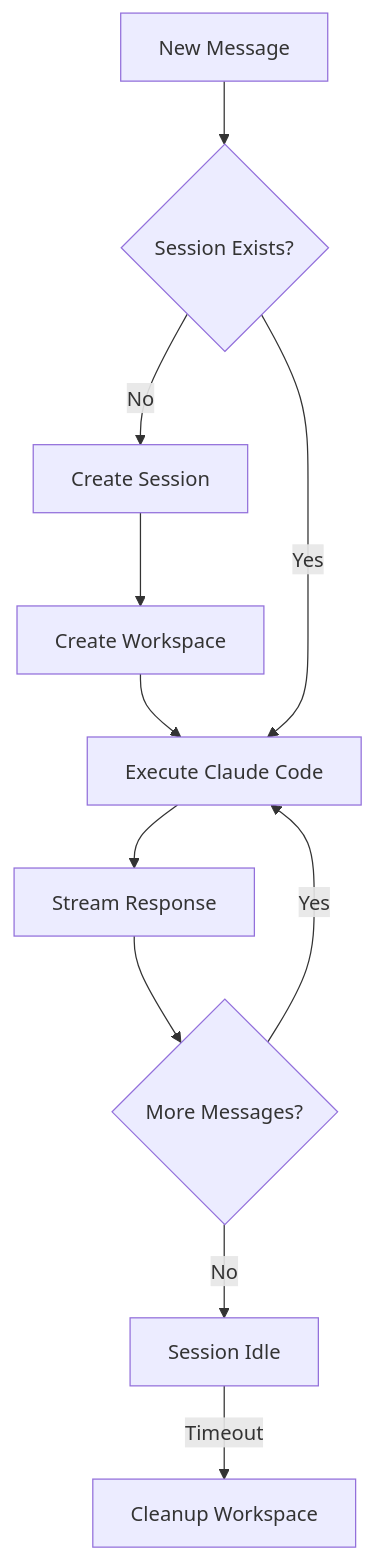
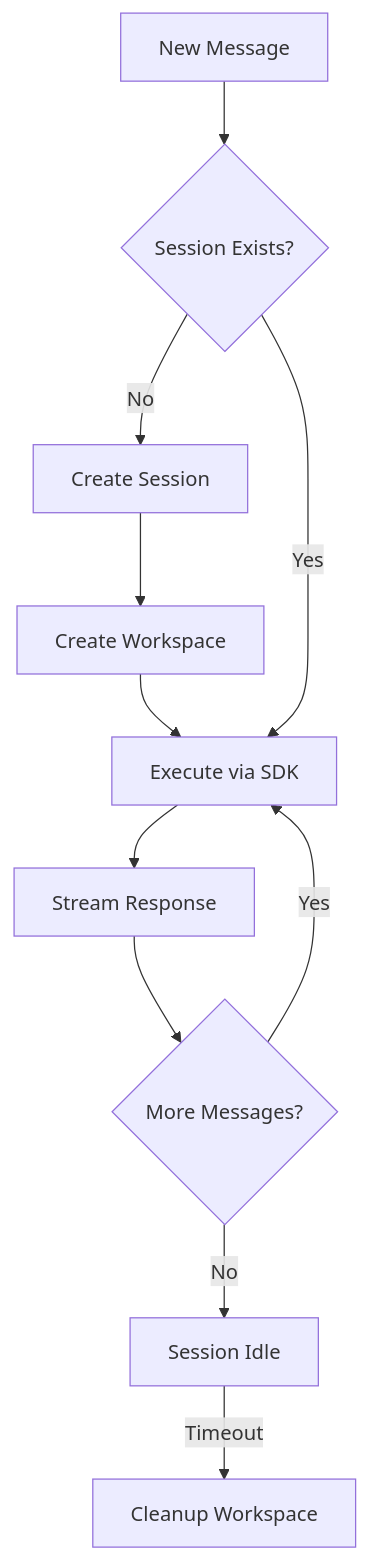
One commit to zhu1090093659/solo-agent-agile-template changed the sixth of 8 diagrams in docs/ARCHITECTURE.md. Above: the diagram before and after it, drawn with Mermaid. The commit also changed other lines of this file and 18 other files, not shown here.

Commit message:
Add documentation for the Python Agent SDK, including installation instructions, usage examples, and detailed API reference. Update existing files to reflect the transition from Claude Code CLI to Claude Agent SDK, ensuring clarity in architecture and setup processes.

````diff
--- a/docs/ARCHITECTURE.md
+++ b/docs/ARCHITECTURE.md
@@ -205,13 +205,13 @@
 ```mermaid
 flowchart TD
     A[New Message] --> B{Session Exists?}
     B -->|No| C[Create Session]
     C --> D[Create Workspace]
-    D --> E[Execute Claude Code]
+    D --> E[Execute via SDK]
     B -->|Yes| E
     E --> F[Stream Response]
     F --> G{More Messages?}
     G -->|Yes| E
     G -->|No| H[Session Idle]
     H -->|Timeout| I[Cleanup Workspace]
 ```
````
